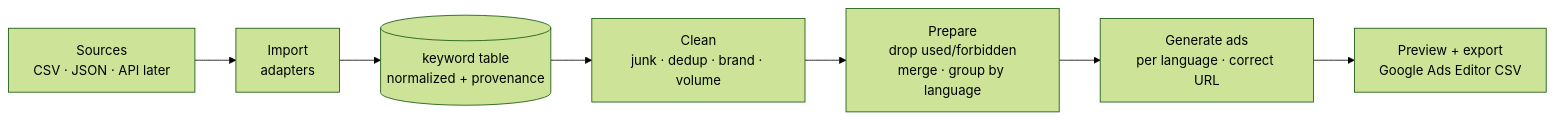
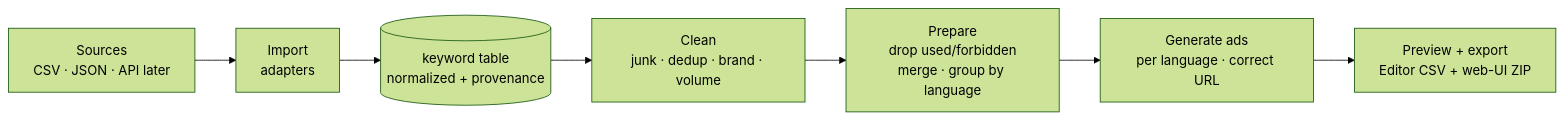
Before and after one commit to dmsv312/test-site-pro: the diagram in README.md, drawn with Mermaid (forest theme). The commit also changed other lines of this file and 12 other files, not shown here.

````diff
--- a/README.md
+++ b/README.md
@@ -34,9 +35,9 @@
 ```mermaid
 flowchart LR
   S[Sources<br/>CSV · JSON · API later] --> I[Import<br/>adapters]
   I --> K[(keyword table<br/>normalized + provenance)]
   K --> C[Clean<br/>junk · dedup · brand · volume]
   C --> P[Prepare<br/>drop used/forbidden<br/>merge · group by language]
   P --> A[Generate ads<br/>per language · correct URL]
-  A --> E[Preview + export<br/>Google Ads Editor CSV]
+  A --> E[Preview + export<br/>Editor CSV + web-UI ZIP]
 ```
````
